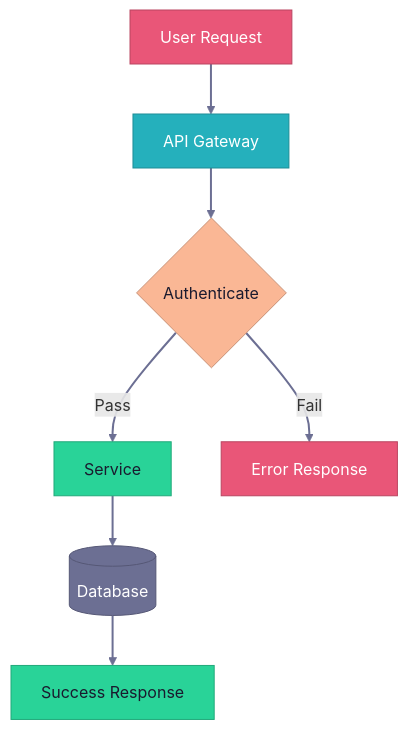
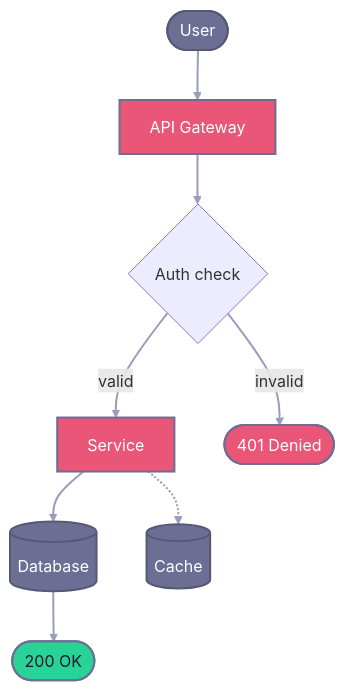
Before and after one commit to mdsakalu/agent-plugins: diagram 14 of 24 in creating-mermaid-diagrams/skills/creating-mermaid-diagrams/references/themes.md, drawn with Mermaid. The commit also changed other lines of this file and 4 other files, not shown here.

First line of the commit message:
refactor(creating-mermaid-diagrams): design-driven styling overhaul

````diff
--- a/creating-mermaid-diagrams/skills/creating-mermaid-diagrams/references/themes.md
+++ b/creating-mermaid-diagrams/skills/creating-mermaid-diagrams/references/themes.md
@@ -528,26 +613,18 @@
 ```mermaid
 flowchart TD
-    user["User Request"] --> api["API Gateway"]
-    api --> auth{"Authenticate"}
-    auth -->|Pass| service["Service"]
-    auth -->|Fail| error["Error Response"]
-    service --> db[("Database")]
-    db --> response["Success Response"]
+    user(["User"]) ==> api["API Gateway"] ==> auth{"Auth check"}
+    auth == valid ==> svc["Service"] ==> db[("Database")] ==> res(["200 OK"])
+    auth -- invalid --> err(["401 Denied"])
+    svc -.-> cache[("Cache")]
 
-    classDef primary fill:#E95678,stroke:#ba4560,color:#ffffff
-    classDef secondary fill:#6C6F93,stroke:#565876,color:#ffffff
-    classDef success fill:#29D398,stroke:#21a97a,color:#1a1a2e
-    classDef warning fill:#FAB795,stroke:#c89277,color:#1a1a2e
-    classDef danger fill:#E95678,stroke:#ba4560,color:#ffffff
-    classDef info fill:#25B0BC,stroke:#1e8d96,color:#ffffff
+    classDef primary fill:#E95678,stroke:#6C6F93,stroke-width:2px,color:#ffffff
+    classDef muted fill:#6C6F93,stroke:#565876,stroke-width:2px,color:#ffffff
+    classDef success fill:#29D398,stroke:#6C6F93,stroke-width:2px,color:#1a1a2e
+    classDef danger fill:#E95678,stroke:#6C6F93,stroke-width:2px,color:#ffffff
+    linkStyle default stroke:#9a9dba,stroke-width:2px
 
-    linkStyle default stroke:#6C6F93,stroke-width:2px
-
-    class user primary
-    class api info
-    class auth warning
-    class service success
-    class error danger
-    class db secondary
-    class response success
+    class api,svc primary
+    class user,db,cache muted
+    class res success
+    class err danger
 ```
````
